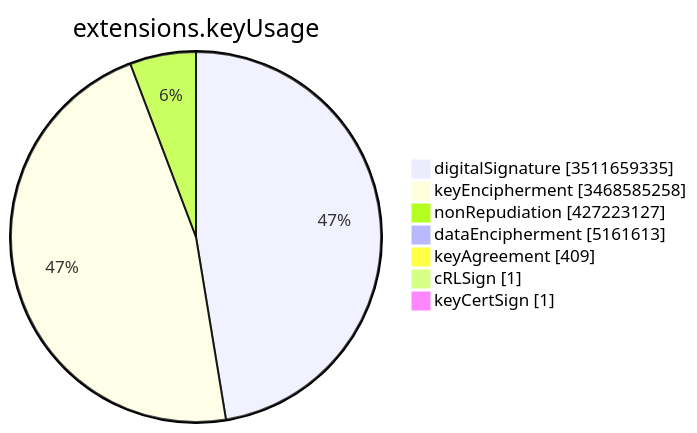
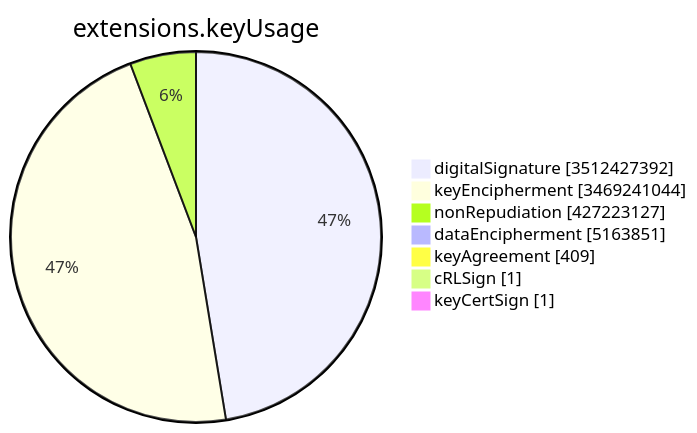
One commit to christiankrug/ctmonitor_visualization changed the sixth of 15 diagrams in TOTAL/README.md. Above: the diagram before and after it, drawn with Mermaid. The commit also changed other lines of this file, not shown here.

````diff
--- a/TOTAL/README.md
+++ b/TOTAL/README.md
@@ -3083,11 +3083,11 @@
 ```mermaid
 pie showData
 title extensions.keyUsage
-"digitalSignature" :3511659335
-"keyEncipherment" :3468585258
+"digitalSignature" :3512427392
+"keyEncipherment" :3469241044
 "nonRepudiation" :427223127
-"dataEncipherment" :5161613
+"dataEncipherment" :5163851
 "keyAgreement" :409
 "cRLSign" :1
 "keyCertSign" :1
 ```
````
